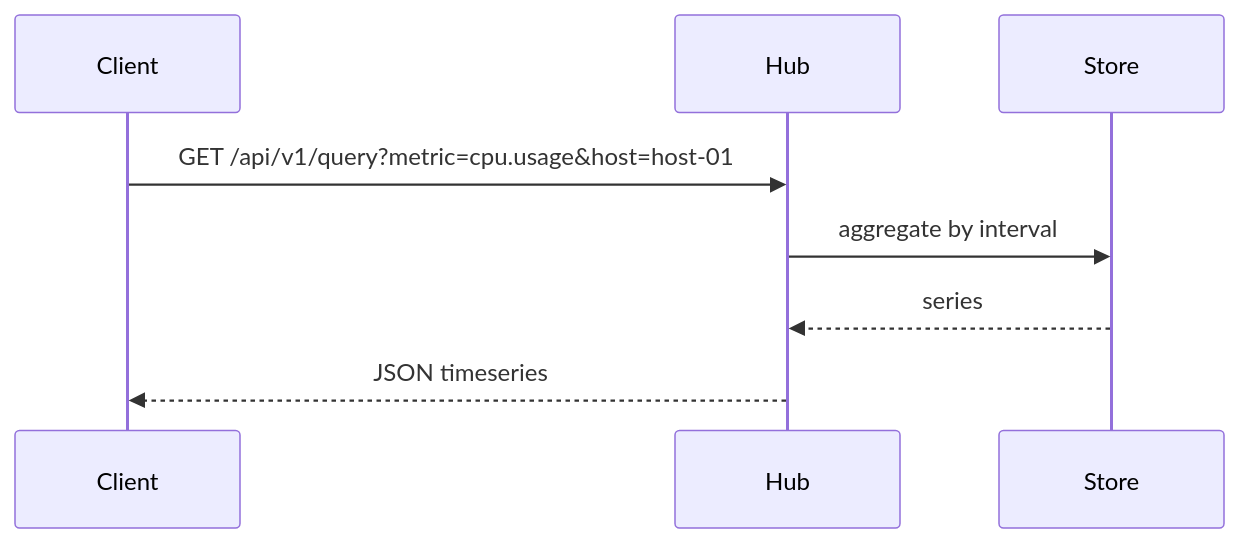
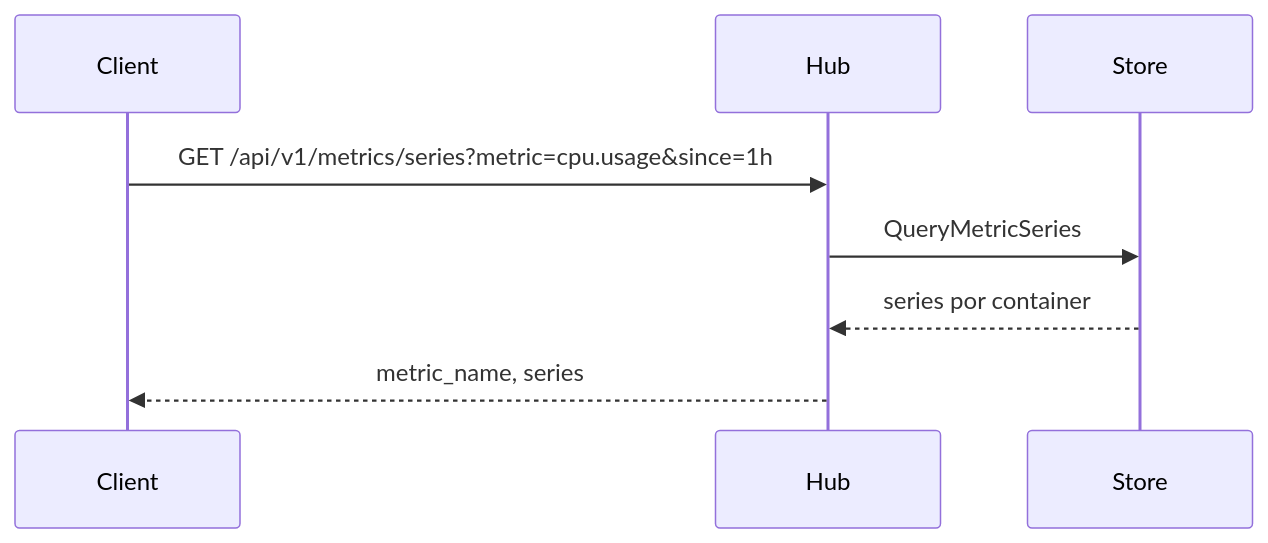
Before and after one commit to HarryRaddatz/argus-observability: the second of 2 diagrams in docs/flows/metrics-ingestion.md, drawn with Mermaid. The commit also changed other lines of this file and 9 other files, not shown here.

First line of the commit message:
docs: alinha a referência da API com os handlers do hub

````diff
--- a/docs/flows/metrics-ingestion.md
+++ b/docs/flows/metrics-ingestion.md
@@ -53,11 +44,11 @@
 ```mermaid
 sequenceDiagram
   participant Client
   participant Hub
   participant Store
 
-  Client->>Hub: GET /api/v1/query?metric=cpu.usage&host=host-01
-  Hub->>Store: aggregate by interval
-  Store-->>Hub: series
-  Hub-->>Client: JSON timeseries
+  Client->>Hub: GET /api/v1/metrics/series?metric=cpu.usage&since=1h
+  Hub->>Store: QueryMetricSeries
+  Store-->>Hub: series por container
+  Hub-->>Client: metric_name, series
 ```
````
